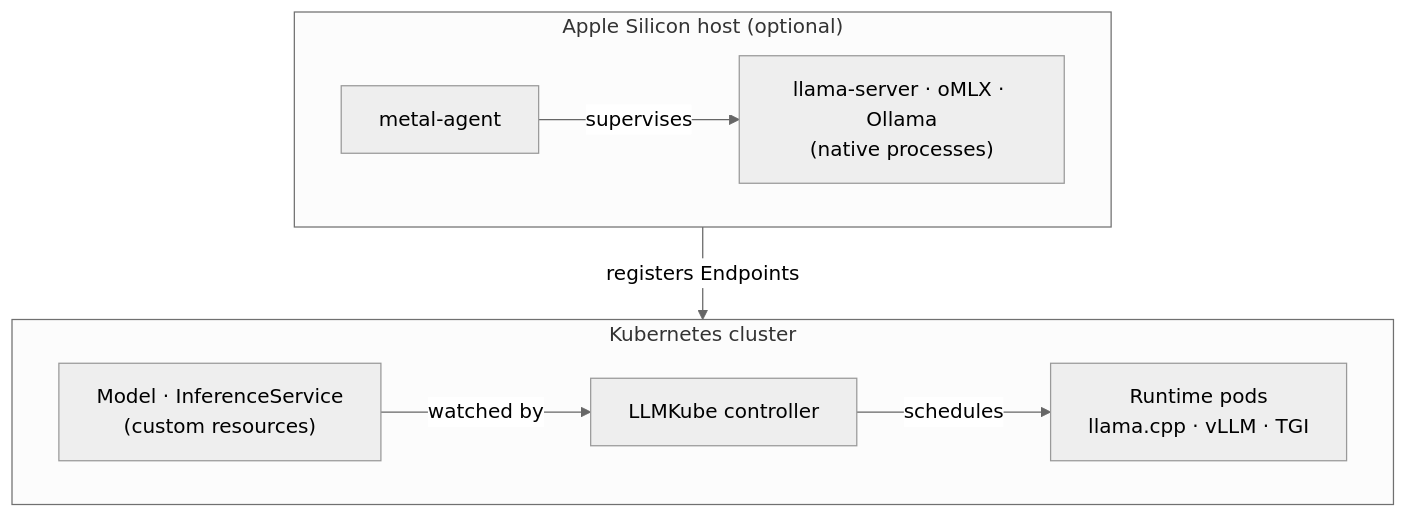
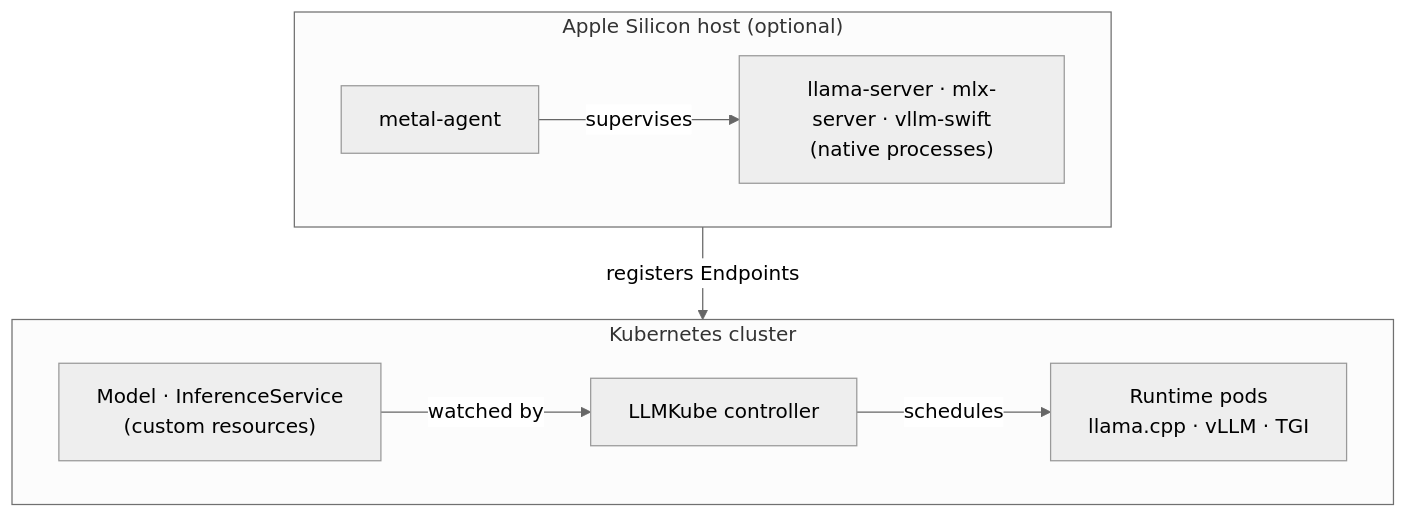
One commit to defilantech/LLMKube changed the diagram in README.md. Above: the diagram before and after it, drawn with Mermaid. The commit also changed other lines of this file and 7 other files, not shown here.

````diff
--- a/README.md
+++ b/README.md
@@ -67,21 +67,21 @@
 ```mermaid
 %%{init: {'theme':'neutral','flowchart':{'curve':'linear'}}}%%
 flowchart TB
     subgraph CLUSTER["Kubernetes cluster"]
         direction LR
         CTRL["LLMKube controller"]
         CRD["Model · InferenceService<br/>(custom resources)"]
         POD["Runtime pods<br/>llama.cpp · vLLM · TGI"]
         CRD -- watched by --> CTRL
         CTRL -- schedules --> POD
     end
 
     subgraph HOST["Apple Silicon host (optional)"]
         direction LR
         AGENT["metal-agent"]
-        NATIVE["llama-server · oMLX · Ollama<br/>(native processes)"]
+        NATIVE["llama-server · mlx-server · vllm-swift<br/>(native processes)"]
         AGENT -- supervises --> NATIVE
     end
 
     AGENT -- "registers Endpoints" --> CLUSTER
 ```
````
